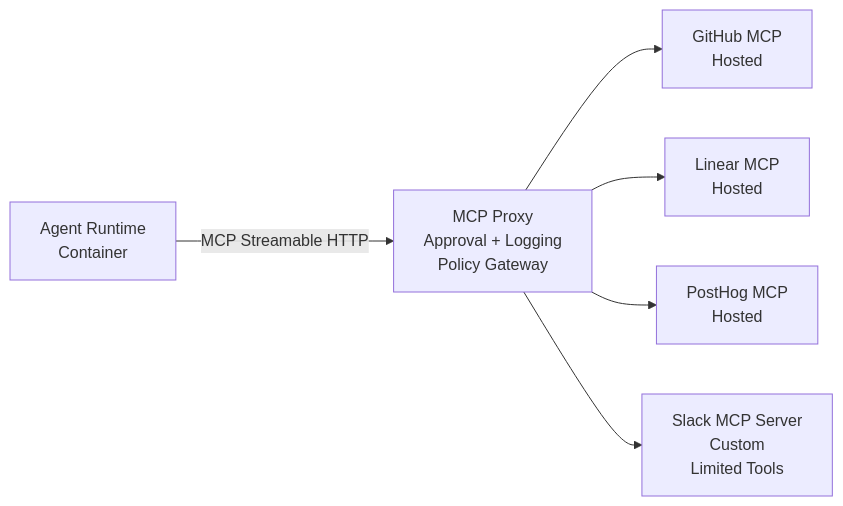
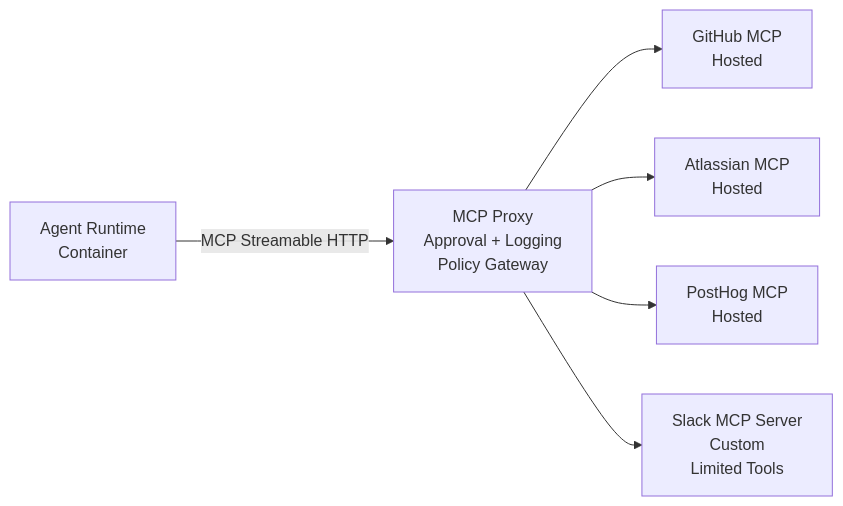
Before and after one commit to scoutqa-dot-ai/thor: the diagram in docs/feat/mvp.md, drawn with Mermaid. The commit also changed other lines of this file and 23 other files, not shown here.

First line of the commit message:
refactor: remove all Linear references, Atlassian takes port 3010

````diff
--- a/docs/feat/mvp.md
+++ b/docs/feat/mvp.md
@@ -7,20 +7,20 @@
 ```mermaid
 flowchart LR
 
     A[Agent Runtime<br/>Container]
 
     B[MCP Proxy<br/>Approval + Logging<br/>Policy Gateway]
 
     C[GitHub MCP<br/>Hosted]
-    D[Linear MCP<br/>Hosted]
+    D[Atlassian MCP<br/>Hosted]
     E[PostHog MCP<br/>Hosted]
 
     F[Slack MCP Server<br/>Custom<br/>Limited Tools]
 
     A -- MCP Streamable HTTP --> B
 
     B --> C
     B --> D
     B --> E
     B --> F
 ```
````
